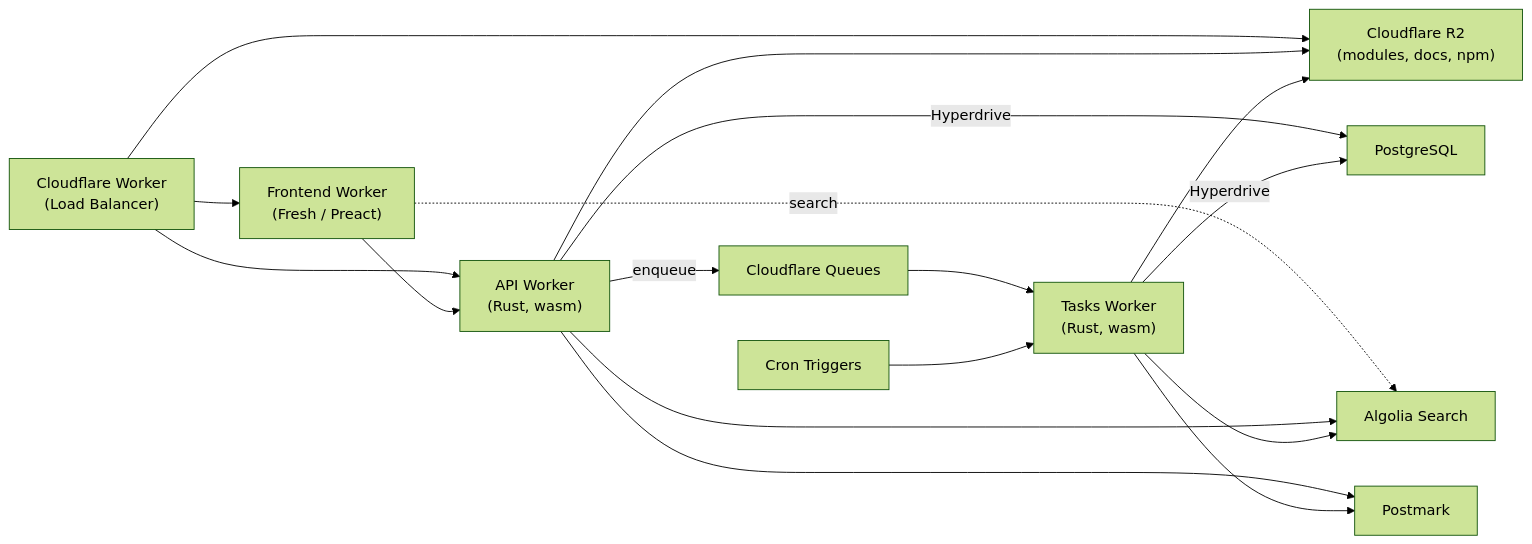
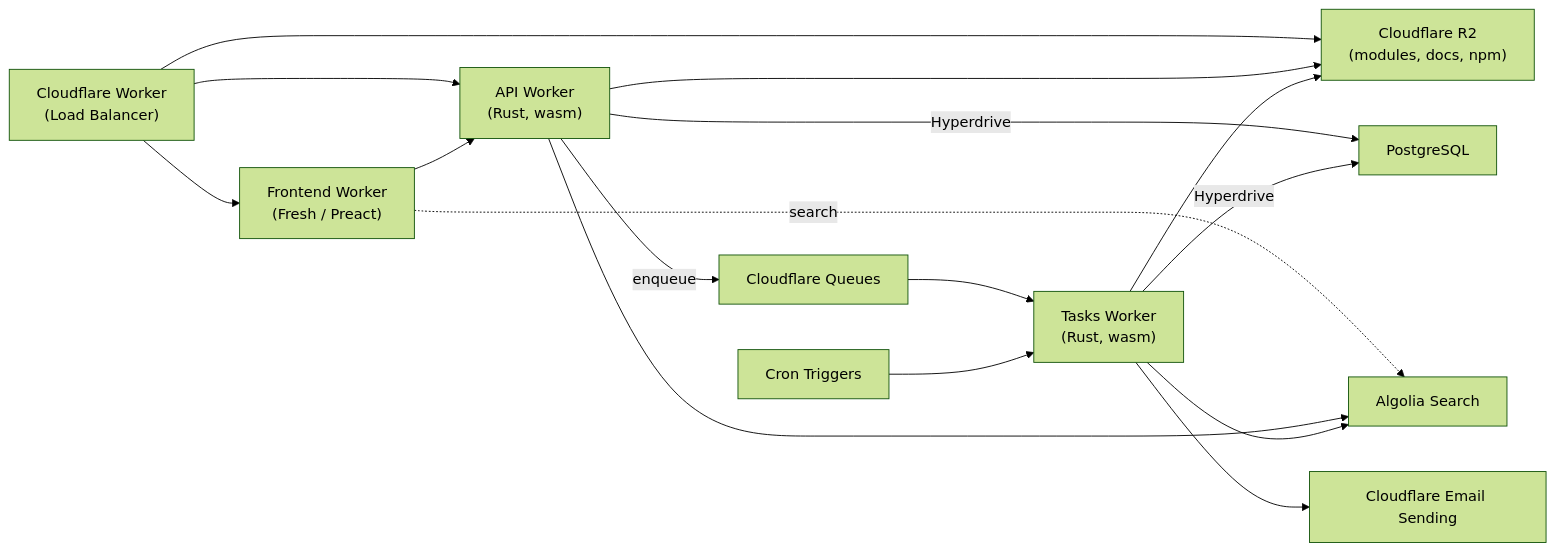
The diagram in architecture.md (jsr-io/jsr), drawn with Mermaid (forest theme) before and after one commit. The commit also changed other lines of this file and 18 other files, not shown here.

First line of the commit message:
Send mail through Cloudflare Email Sending

````diff
--- a/architecture.md
+++ b/architecture.md
@@ -22,24 +22,23 @@
 ```mermaid
 graph LR
     Worker["Cloudflare Worker<br/>(Load Balancer)"]
 
     Worker --> Frontend["Frontend Worker<br/>(Fresh / Preact)"]
     Worker --> API["API Worker<br/>(Rust, wasm)"]
     Worker --> R2["Cloudflare R2<br/>(modules, docs, npm)"]
 
     Frontend --> API
     Frontend -. "search" .-> Algolia["Algolia Search"]
 
     API --> R2
     API -- "Hyperdrive" --> Postgres["PostgreSQL"]
     API --> Algolia
-    API --> Postmark["Postmark"]
     API -- "enqueue" --> Queues["Cloudflare Queues"]
     Queues --> Tasks["Tasks Worker<br/>(Rust, wasm)"]
     Cron["Cron Triggers"] --> Tasks
 
     Tasks --> R2
     Tasks -- "Hyperdrive" --> Postgres
     Tasks --> Algolia
-    Tasks --> Postmark
+    Tasks --> Email["Cloudflare Email Sending"]
 ```
````
